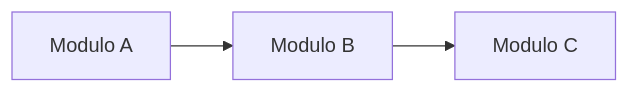
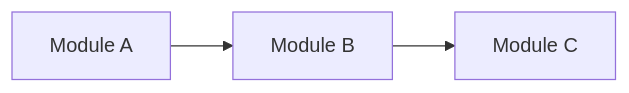
The diagram in architecture/development-view/view.md (Daniel50726/Documentacion-Trabajo-de-Grado), drawn with Mermaid before and after one commit. The commit also changed other lines of this file and 20 other files, not shown here.

Commit message:
docs: enrich BDD feature specs, update architecture views, and add AGENTS guide

````diff
--- a/architecture/development-view/view.md
+++ b/architecture/development-view/view.md
@@ -25,5 +23,5 @@
 ```mermaid
 graph LR
-    A[Modulo A] --> B[Modulo B]
-    B --> C[Modulo C]
+    A[Module A] --> B[Module B]
+    B --> C[Module C]
 ```
````
